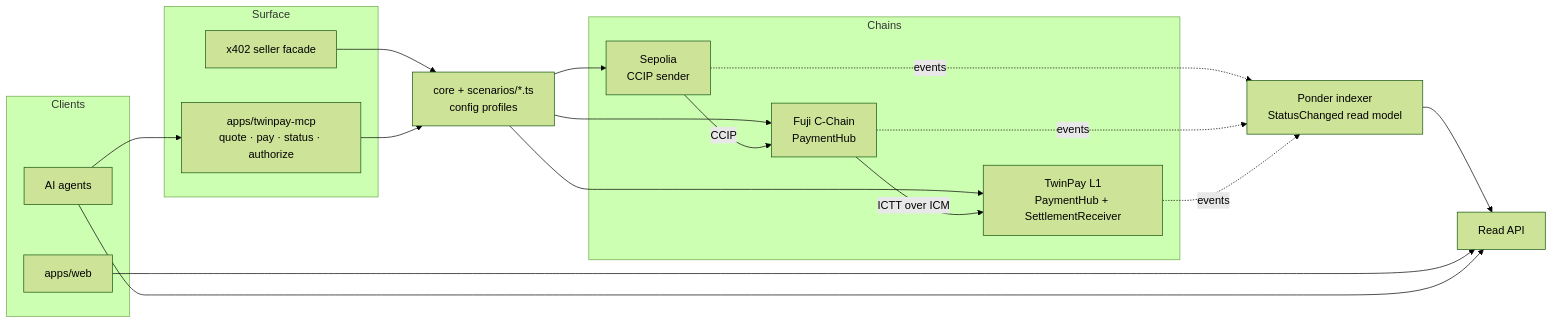
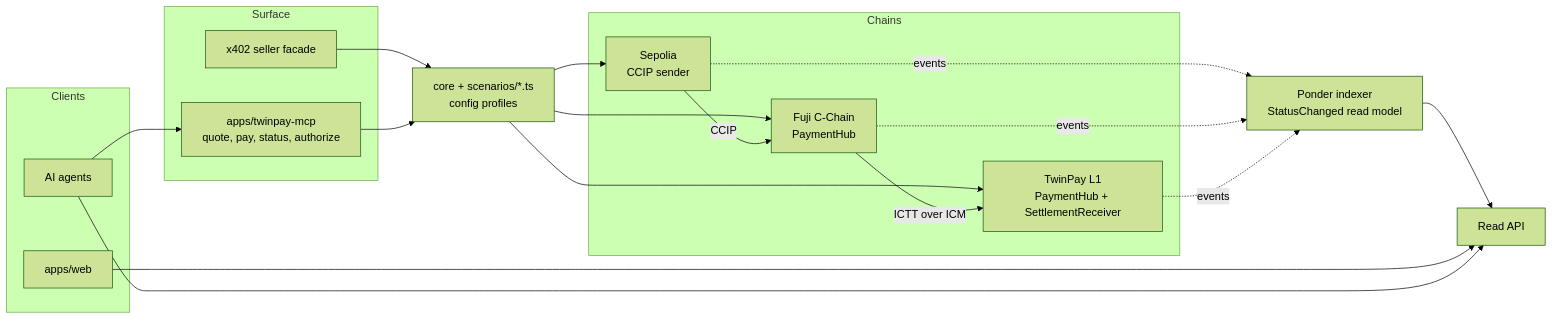
One commit to sebastianlujan/hackatwin-x402-team1-avalanche changed the diagram in docs/architecture-alternative.md. Above: the diagram before and after it, drawn with Mermaid (forest theme). The commit also changed 6 other files, not shown here.

````diff
--- a/docs/architecture-alternative.md
+++ b/docs/architecture-alternative.md
@@ -26,34 +26,34 @@
 ```mermaid
 flowchart LR
   subgraph Clients
     AG[AI agents]
     WEB[apps/web]
   end
   subgraph Surface
-    MCP["apps/twinpay-mcp<br/>quote · pay · status · authorize"]
+    MCP["apps/twinpay-mcp<br/>quote, pay, status, authorize"]
     SELLER[x402 seller facade]
   end
   CORE["core + scenarios/*.ts<br/>config profiles"]
   subgraph Chains
     SEP[Sepolia<br/>CCIP sender]
     FUJI[Fuji C-Chain<br/>PaymentHub]
     L1[TwinPay L1<br/>PaymentHub + SettlementReceiver]
   end
   IDX[Ponder indexer<br/>StatusChanged read model]
   READ[Read API]
 
   AG --> MCP
   SELLER --> CORE
   MCP --> CORE
   CORE --> SEP
   CORE --> FUJI
   CORE --> L1
   SEP -- CCIP --> FUJI
   FUJI -- ICTT over ICM --> L1
   SEP -. events .-> IDX
   FUJI -. events .-> IDX
   L1 -. events .-> IDX
   IDX --> READ
   WEB --> READ
   AG --> READ
 ```
````
